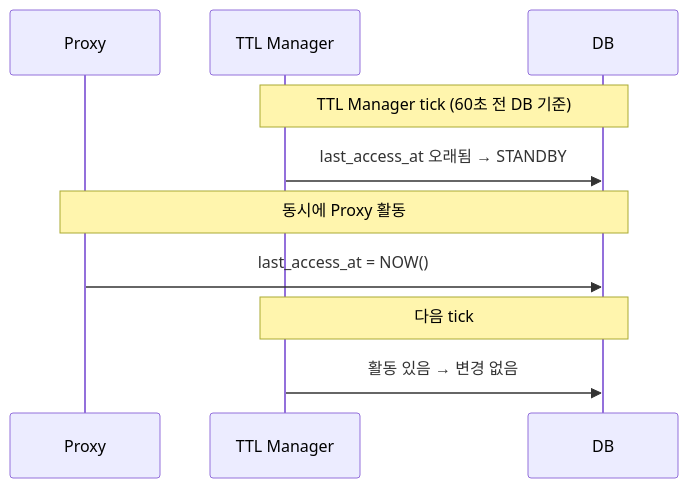
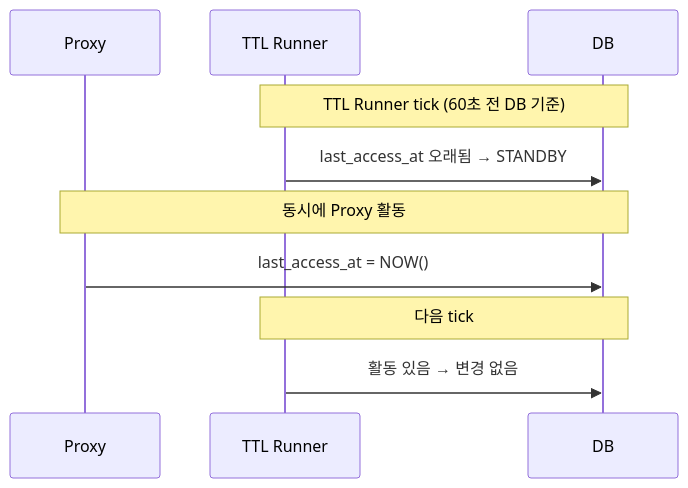
The fifth of 5 diagrams in docs/architecture/ttl-manager.md (cagojeiger/code-hub), drawn with Mermaid before and after one commit. The commit also changed other lines of this file and 8 other files, not shown here.

````diff
--- a/docs/architecture/ttl-manager.md
+++ b/docs/architecture/ttl-manager.md
@@ -279,15 +279,15 @@
 ```mermaid
 sequenceDiagram
     participant P as Proxy
-    participant T as TTL Manager
+    participant T as TTL Runner
     participant D as DB
 
-    Note over T,D: TTL Manager tick (60초 전 DB 기준)
+    Note over T,D: TTL Runner tick (60초 전 DB 기준)
     T->>D: last_access_at 오래됨 → STANDBY
 
     Note over P,D: 동시에 Proxy 활동
     P->>D: last_access_at = NOW()
 
     Note over T,D: 다음 tick
     T->>D: 활동 있음 → 변경 없음
 ```
````
